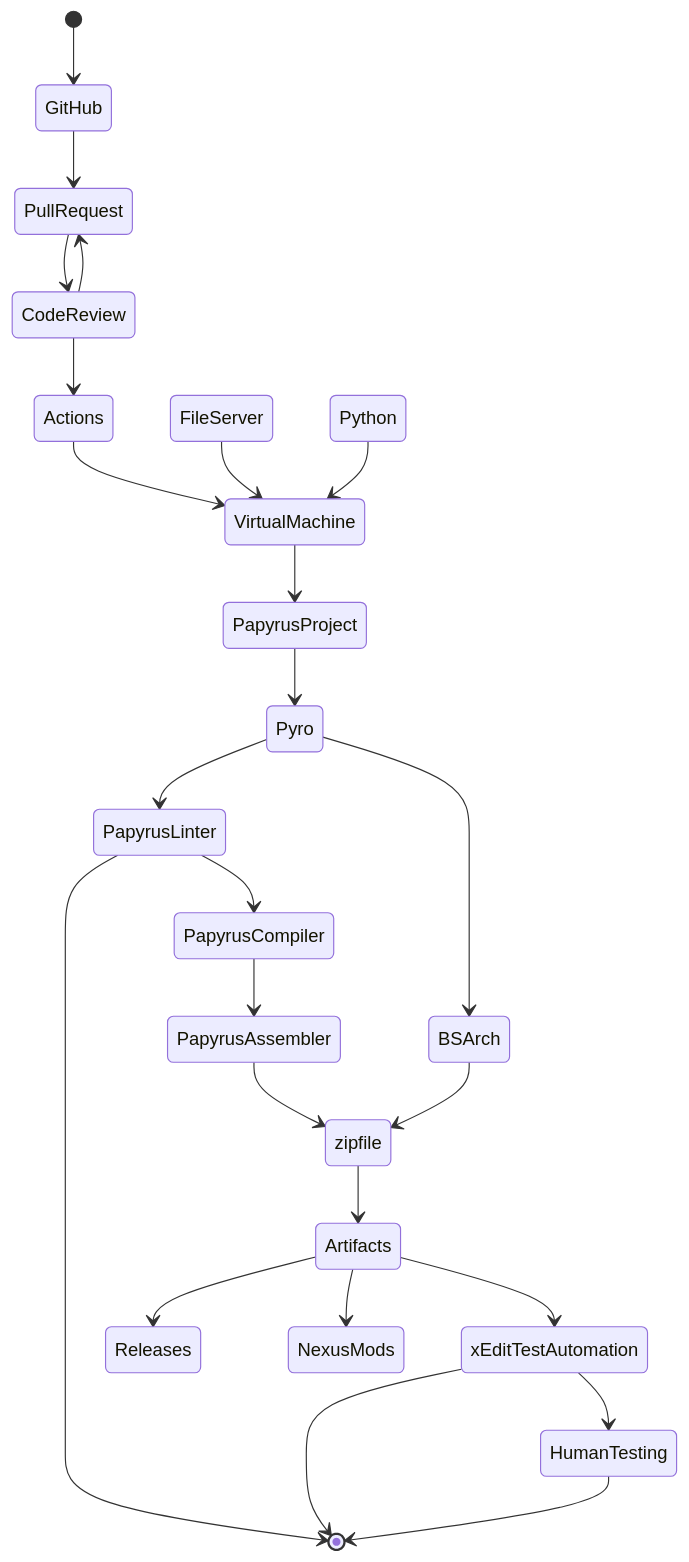
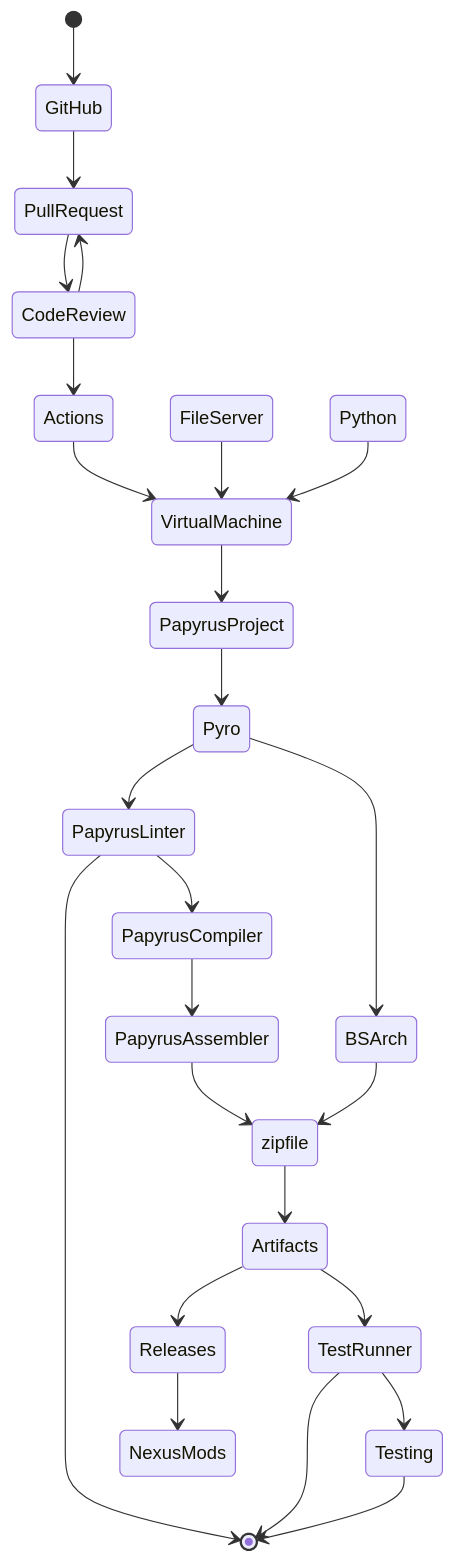
The third of 3 diagrams in pyro/workflows.md (fireundubh/playwithfire), drawn with Mermaid before and after one commit. The commit also changed other lines of this file, not shown here.

Commit message:
docs: update pyro/workflows

````diff
--- a/pyro/workflows.md
+++ b/pyro/workflows.md
@@ -89,27 +89,27 @@
 ```mermaid
 stateDiagram
   [*] --> GitHub
 	GitHub --> PullRequest
 	PullRequest --> CodeReview
 	CodeReview --> PullRequest
 	CodeReview --> Actions
   Actions --> VirtualMachine
   FileServer --> VirtualMachine
   Python --> VirtualMachine
   VirtualMachine --> PapyrusProject
   PapyrusProject --> Pyro
   Pyro --> PapyrusLinter
   PapyrusLinter --> [*]
 	PapyrusLinter --> PapyrusCompiler
   PapyrusCompiler --> PapyrusAssembler
   Pyro --> BSArch
   PapyrusAssembler --> zipfile
   BSArch --> zipfile
   zipfile --> Artifacts
-  Artifacts --> xEditTestAutomation
-  xEditTestAutomation --> [*]
-  xEditTestAutomation --> HumanTesting
-  HumanTesting --> [*]
+  Artifacts --> TestRunner
+  TestRunner --> [*]
+  TestRunner --> Testing
+  Testing --> [*]
   Artifacts --> Releases
-  Artifacts --> NexusMods
+  Releases --> NexusMods
 ```
````
